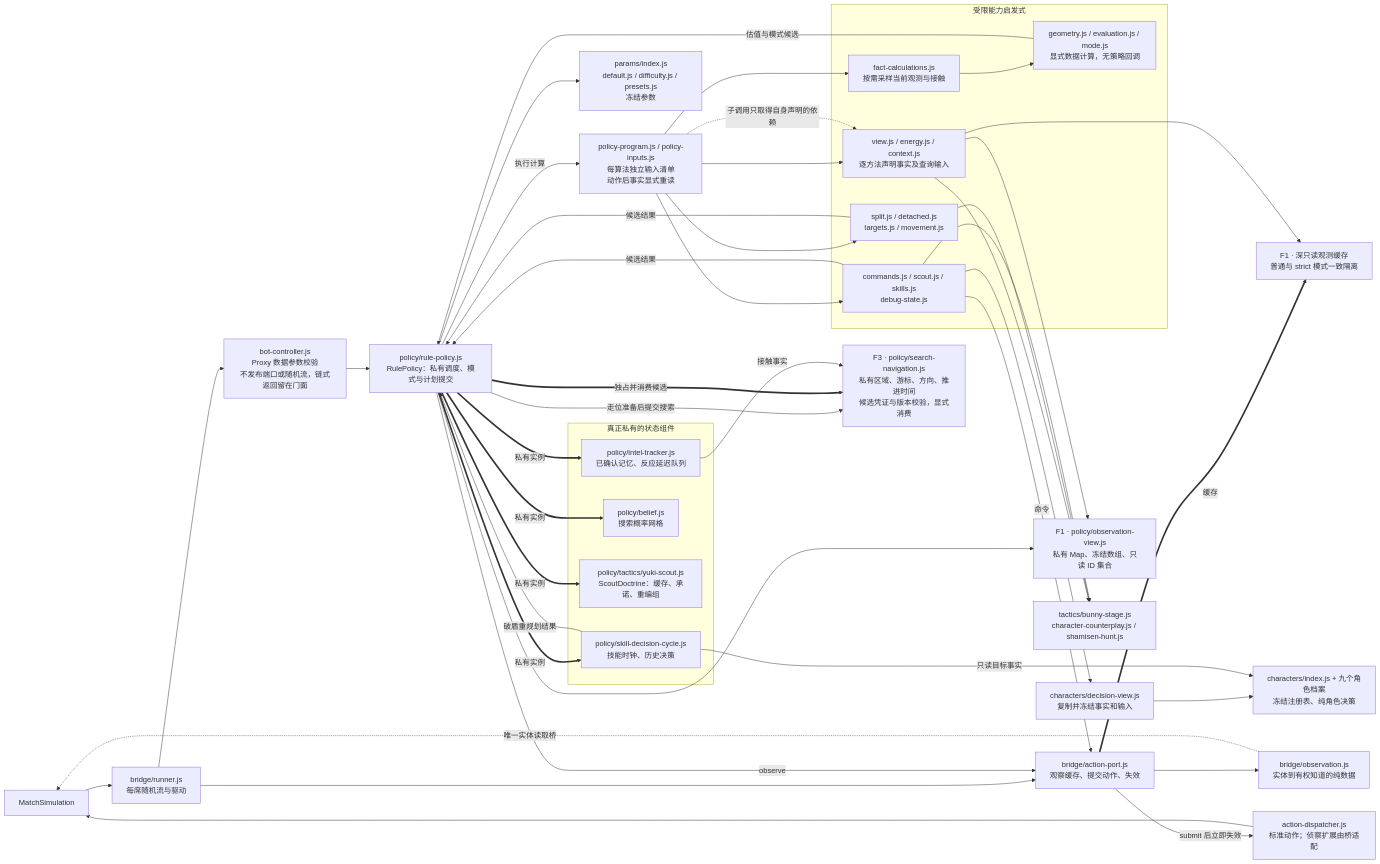
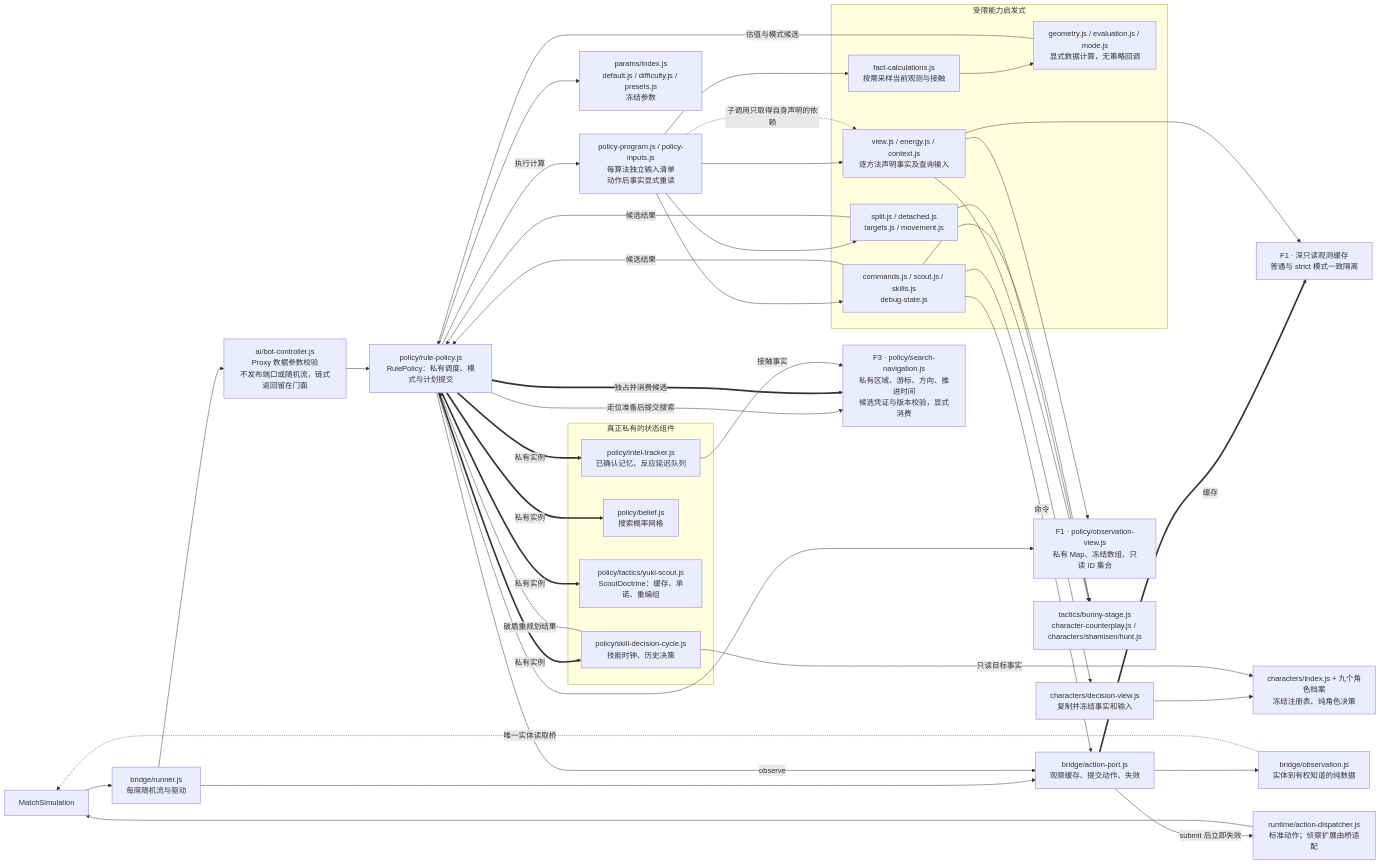
The fifth of 9 diagrams in docs/architecture-map.md (Haruhi-Labs/TDOS), drawn with Mermaid before and after one commit. The commit also changed other lines of this file and 270 other files, not shown here.

````diff
--- a/docs/architecture-map.md
+++ b/docs/architecture-map.md
@@ -268,58 +268,58 @@
 ```mermaid
 flowchart LR
   MATCH["MatchSimulation"]
   RUN["bridge/runner.js<br/>每席随机流与驱动"]
-  BOT["bot-controller.js<br/>Proxy 数据参数校验<br/>不发布端口或随机流，链式返回留在门面"]
+  BOT["ai/bot-controller.js<br/>Proxy 数据参数校验<br/>不发布端口或随机流，链式返回留在门面"]
   RP["policy/rule-policy.js<br/>RulePolicy：私有调度、模式与计划提交"]
   OBSBUILD["bridge/observation.js<br/>实体到有权知道的纯数据"]
   PORT["bridge/action-port.js<br/>观察缓存、提交动作、失效"]
   OBS["F1 · 深只读观测缓存<br/>普通与 strict 模式一致隔离"]
   INDEX["F1 · policy/observation-view.js<br/>私有 Map、冻结数组、只读 ID 集合"]
   PARAM["params/index.js<br/>default.js / difficulty.js / presets.js<br/>冻结参数"]
   subgraph private[真正私有的状态组件]
     INTEL["policy/intel-tracker.js<br/>已确认记忆、反应延迟队列"]
     BELIEF["policy/belief.js<br/>搜索概率网格"]
     SCOUT["policy/tactics/yuki-scout.js<br/>ScoutDoctrine：缓存、承诺、重编组"]
     SKILL["policy/skill-decision-cycle.js<br/>技能时钟、历史决策"]
   end
   subgraph heuristics[受限能力启发式]
     READ["view.js / energy.js / context.js<br/>逐方法声明事实及查询输入"]
     PURE["geometry.js / evaluation.js / mode.js<br/>显式数据计算，无策略回调"]
     SAMPLE["fact-calculations.js<br/>按需采样当前观测与接触"]
     PLAN["split.js / detached.js<br/>targets.js / movement.js"]
     ACT["commands.js / scout.js / skills.js<br/>debug-state.js"]
   end
   SEARCH["F3 · policy/search-navigation.js<br/>私有区域、游标、方向、推进时间<br/>候选凭证与版本校验，显式消费"]
-  TACTIC["tactics/bunny-stage.js<br/>character-counterplay.js / shamisen-hunt.js"]
+  TACTIC["tactics/bunny-stage.js<br/>character-counterplay.js / characters/shamisen/hunt.js"]
   FACT["characters/decision-view.js<br/>复制并冻结事实和输入"]
   PROFILE["characters/index.js + 九个角色档案<br/>冻结注册表、纯角色决策"]
-  DISPATCH["action-dispatcher.js<br/>标准动作；侦察扩展由桥适配"]
+  DISPATCH["runtime/action-dispatcher.js<br/>标准动作；侦察扩展由桥适配"]
   MATCH --> RUN
   RUN --> BOT --> RP
   RUN --> PORT
   PORT --> OBSBUILD
   OBSBUILD -.->|唯一实体读取桥| MATCH
   PORT ==>|缓存| OBS
   RP -->|observe| PORT
   READ --> OBS & INDEX
   RP --> PARAM
   RP ==>|私有实例| INTEL & BELIEF & SCOUT & SKILL
   PROGRAM["policy-program.js / policy-inputs.js<br/>每算法独立输入清单<br/>动作后事实显式重读"]
   RP -->|执行计算| PROGRAM
   PROGRAM --> READ & PLAN & ACT
   PROGRAM --> SAMPLE --> PURE
   PURE -->|估值与模式候选| RP
   RP -->|走位准备后提交搜索| SEARCH
   PROGRAM -.->|子调用只取得自身声明的依赖| READ
   PLAN & ACT -->|候选结果| RP
   RP ==>|独占并消费候选| SEARCH
   INTEL -->|接触事实| SEARCH
   RP --> INDEX
   READ & PLAN & ACT --> TACTIC
   ACT --> FACT --> PROFILE
   SKILL -->|只读目标事实| PROFILE
   SKILL -->|破盾重规划结果| RP
   ACT -->|命令| PORT
   PORT -->|submit 后立即失效| DISPATCH
   DISPATCH --> MATCH
 ```
````
